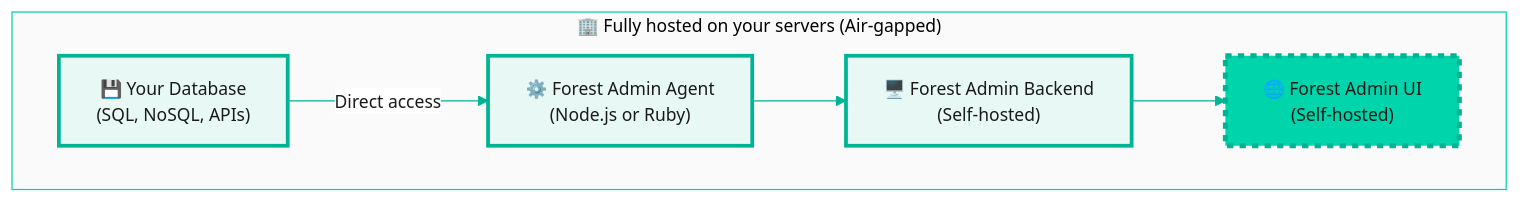
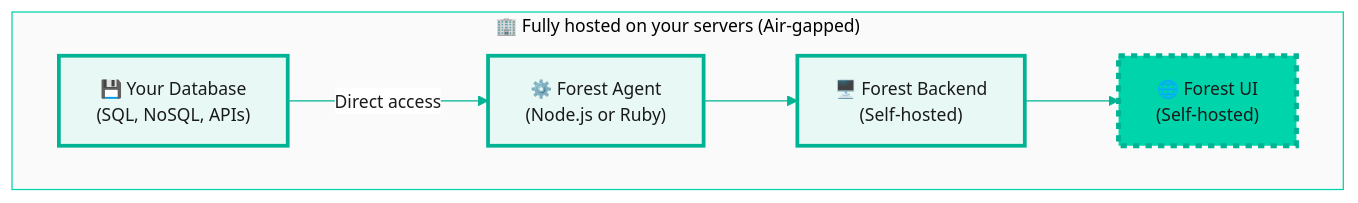
One commit to ForestAdmin/docs changed the diagram in get-started/quickstart-on-premise.mdx. Above: the diagram before and after it, drawn with Mermaid. The commit also changed other lines of this file and 156 other files, not shown here.

````diff
--- a/get-started/quickstart-on-premise.mdx
+++ b/get-started/quickstart-on-premise.mdx
@@ -12,19 +12,19 @@
 ```mermaid
 %%{init: {'theme':'base', 'themeVariables': { 'primaryColor':'#e8f9f5','primaryTextColor':'#1a1a1a','primaryBorderColor':'#00B392','lineColor':'#00B392','secondaryColor':'#f5f5f5','tertiaryColor':'#ffffff','fontSize':'14px','nodeBorder':'#00B392','clusterBkg':'#fafafa','clusterBorder':'#00D4AA','edgeLabelBackground':'#ffffff'}}}%%
 graph TD
     subgraph Your_Infrastructure["🏢 Fully hosted on your servers (Air-gapped)"]
         DB["💾 Your Database<br/>(SQL, NoSQL, APIs)"]
-        Agent["⚙️ Forest Admin Agent<br/>(Node.js or Ruby)"]
-        UI["🌐 Forest Admin UI<br/>(Self-hosted)"]
-        Servers["🖥️ Forest Admin Backend<br/>(Self-hosted)"]
+        Agent["⚙️ Forest Agent<br/>(Node.js or Ruby)"]
+        UI["🌐 Forest UI<br/>(Self-hosted)"]
+        Servers["🖥️ Forest Backend<br/>(Self-hosted)"]
 
         DB -->|Direct access| Agent
         Agent --> Servers
         Servers --> UI
     end
 
     style DB fill:#e8f9f5,stroke:#00B392,stroke-width:3px,color:#1a1a1a
     style Agent fill:#e8f9f5,stroke:#00B392,stroke-width:3px,color:#1a1a1a
     style UI fill:#00D4AA,stroke:#00B392,stroke-width:4px,color:#1a1a1a,stroke-dasharray: 5 5
     style Servers fill:#e8f9f5,stroke:#00B392,stroke-width:3px,color:#1a1a1a
 ```
````
